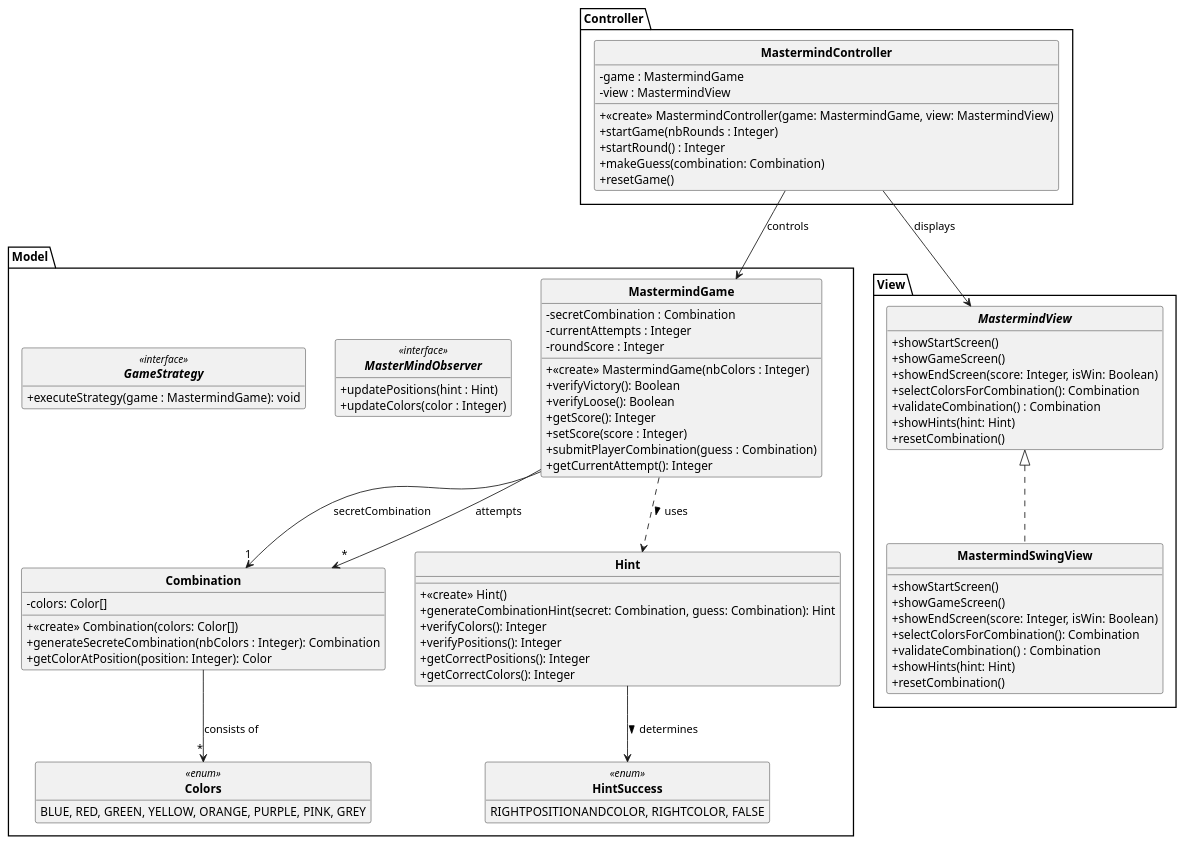
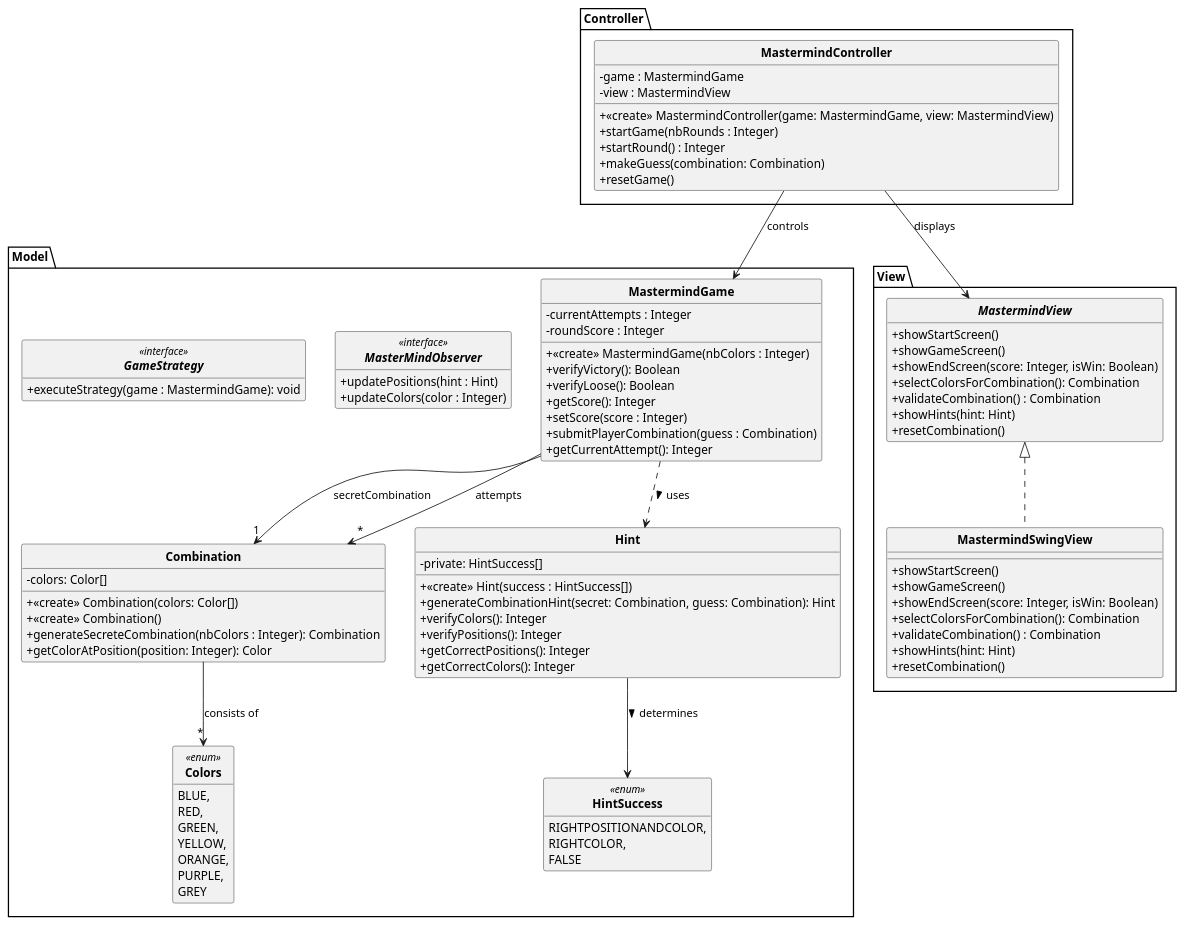
The diagram in DCC.puml (Taijin4/Mastermind), drawn with PlantUML before and after one commit.

Commit message:
Update DCC

```diff
--- a/DCC.puml
+++ b/DCC.puml
@@ -1,103 +1,112 @@
 @startuml
 skinparam style strictuml
 skinparam classAttributeIconSize 0
 skinparam classFontStyle Bold
 hide enum methods
 hide interface attributes
 
 package Model {
 
     class MastermindGame {
-        - secretCombination : Combination
         - currentAttempts : Integer
         - roundScore : Integer
         + <<create>> MastermindGame(nbColors : Integer)
         + verifyVictory(): Boolean
         + verifyLoose(): Boolean
         + getScore(): Integer
         + setScore(score : Integer)
         + submitPlayerCombination(guess : Combination)
         + getCurrentAttempt(): Integer
     }
 
     class Combination {
         - colors: Color[]
         + <<create>> Combination(colors: Color[])
+        + <<create>> Combination()
         + generateSecreteCombination(nbColors : Integer): Combination
         + getColorAtPosition(position: Integer): Color
     }
 
     class Hint {
-        + <<create>> Hint()
+        - private: HintSuccess[]
+        + <<create>> Hint(success : HintSuccess[])
         + generateCombinationHint(secret: Combination, guess: Combination): Hint
         + verifyColors(): Integer
         + verifyPositions(): Integer
         + getCorrectPositions(): Integer
         + getCorrectColors(): Integer
     }
 
     enum Colors <<enum>> {
-        BLUE, RED, GREEN, YELLOW, ORANGE, PURPLE, PINK, GREY
+        BLUE,
+        RED,
+        GREEN,
+        YELLOW,
+        ORANGE,
+        PURPLE,
+        GREY
     }
 
     enum HintSuccess <<enum>> {
-        RIGHTPOSITIONANDCOLOR, RIGHTCOLOR, FALSE
+        RIGHTPOSITIONANDCOLOR,
+        RIGHTCOLOR,
+        FALSE
     }
 
     interface MasterMindObserver <<interface>> {
         + updatePositions(hint : Hint)
         + updateColors(color : Integer)
     }
 
     interface GameStrategy <<interface>> {
         + executeStrategy(game : MastermindGame): void
     }
 
 }
 
 package View {
 
     interface MastermindView {
         + showStartScreen()
         + showGameScreen()
         + showEndScreen(score: Integer, isWin: Boolean)
         + selectColorsForCombination(): Combination
         + validateCombination() : Combination
         + showHints(hint: Hint)
         + resetCombination()
     }
 
     class MastermindSwingView implements MastermindView {
         + showStartScreen()
         + showGameScreen()
         + showEndScreen(score: Integer, isWin: Boolean)
         + selectColorsForCombination(): Combination
         + validateCombination() : Combination
         + showHints(hint: Hint)
         + resetCombination()
     }
 
 }
 
 package Controller {
 
     class MastermindController {
         - game : MastermindGame
         - view : MastermindView
         + <<create>> MastermindController(game: MastermindGame, view: MastermindView)
         + startGame(nbRounds : Integer)
         + startRound() : Integer
         + makeGuess(combination: Combination)
         + resetGame()
     }
 
 }
 
 MastermindGame --> "1" Combination : secretCombination
 MastermindGame --> "*" Combination : attempts
 MastermindController --> MastermindGame : controls
 MastermindController --> MastermindView : displays
 Combination --> "*" Colors : consists of
 Hint --> HintSuccess : determines >
 MastermindGame ..> Hint : uses >
 @enduml
```
